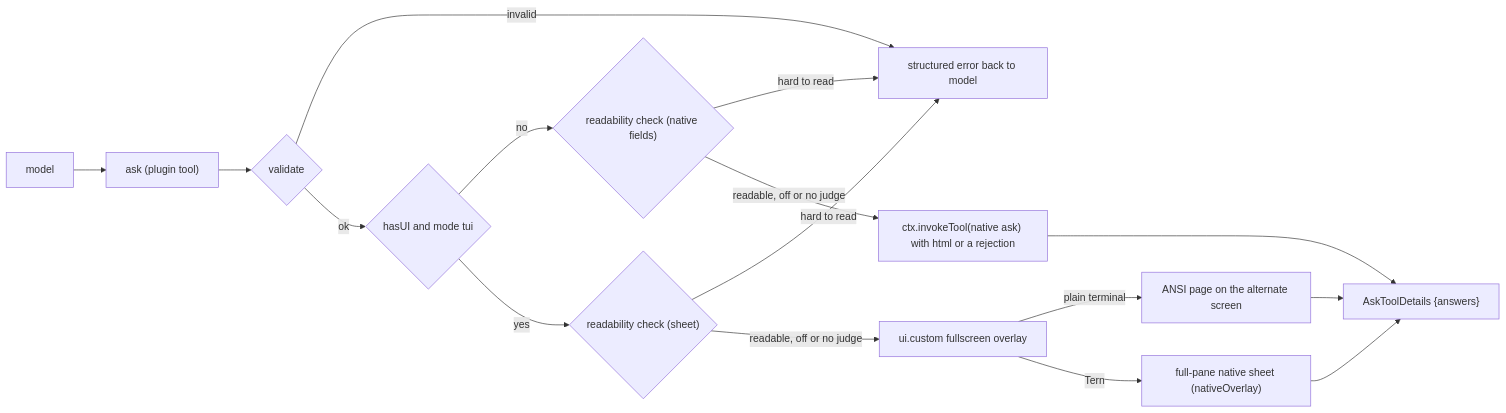
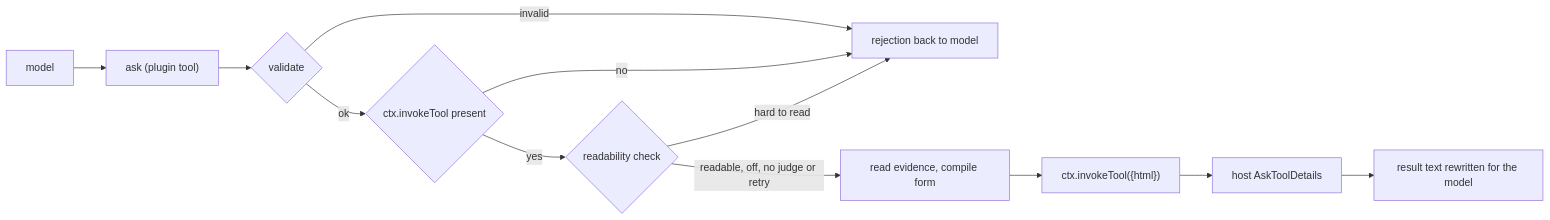
One commit to oh-my-omp/omp-ask-more changed the diagram in docs/design.md. Above: the diagram before and after it, drawn with Mermaid. The commit also changed other lines of this file and 44 other files, not shown here.

First line of the commit message:
feat: rendered ask through the host's native form and removed the overlay UI

````diff
--- a/docs/design.md
+++ b/docs/design.md
@@ -16,18 +22,14 @@
 ```mermaid
 flowchart LR
   m[model] --> t["ask (plugin tool)"]
   t --> v{validate}
-  v -- invalid --> e[structured error back to model]
-  v -- ok --> u{"hasUI and mode tui"}
-  u -- "no" --> rn{"readability check (native fields)"}
-  u -- "yes" --> rs{"readability check (sheet)"}
-  rn -- "hard to read" --> e
-  rs -- "hard to read" --> e
-  rn -- "readable, off or no judge" --> n["ctx.invokeTool(native ask) with html or a rejection"]
-  rs -- "readable, off or no judge" --> o["ui.custom fullscreen overlay"]
-  o -- "plain terminal" --> c["ANSI page on the alternate screen"]
-  o -- "Tern" --> p["full-pane native sheet (nativeOverlay)"]
-  p --> a["AskToolDetails {answers}"]
-  c --> a
-  n --> a
+  v -- invalid --> e[rejection back to model]
+  v -- ok --> i{"ctx.invokeTool present"}
+  i -- no --> e
+  i -- yes --> r{readability check}
+  r -- "hard to read" --> e
+  r -- "readable, off, no judge or retry" --> f[read evidence, compile form]
+  f --> h["ctx.invokeTool({html})"]
+  h --> a[host AskToolDetails]
+  a --> x[result text rewritten for the model]
 ```
````
